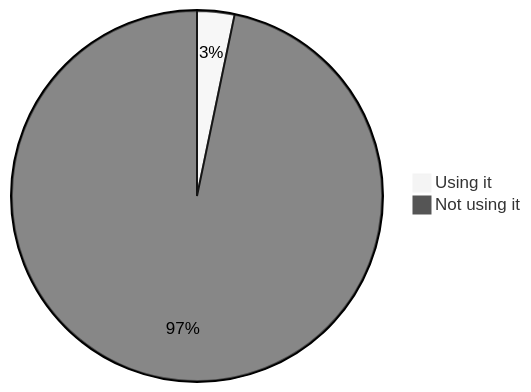
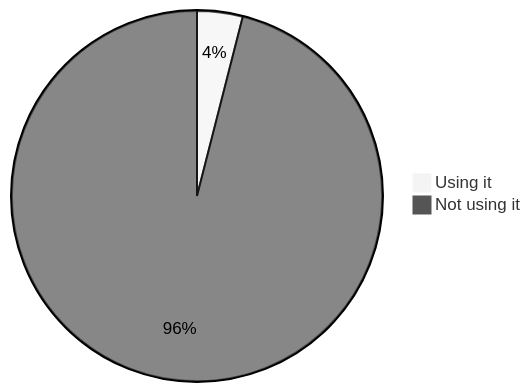
Diagram 11 of 22 in stats.md (oshp/oshp-stats), drawn with Mermaid (neutral theme) before and after one commit. The commit also changed other lines of this file, not shown here.

````diff
--- a/stats.md
+++ b/stats.md
@@ -130,6 +130,6 @@
 ```mermaid
 pie
-	"Using it" : 3.26
-	"Not using it" : 96.74
+	"Using it" : 3.98
+	"Not using it" : 96.02
 
 ```
````
